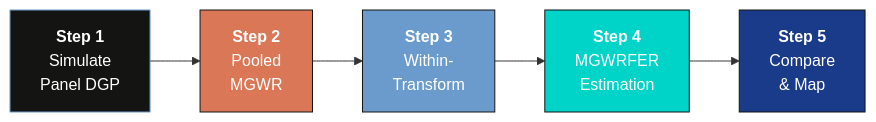
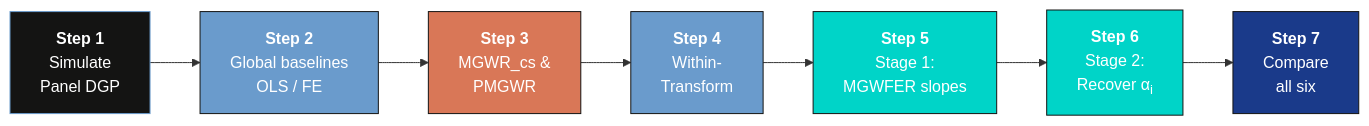
Before and after one commit to cmg777/starter-academic-v501: the first of 2 diagrams in content/post/python_mgwrfer/index.md, drawn with Mermaid. The commit also changed other lines of this file and 28 other files, not shown here.

````diff
--- a/content/post/python_mgwrfer/index.md
+++ b/content/post/python_mgwrfer/index.md
@@ -62,13 +70,17 @@
 ```mermaid
 graph LR
-    A["<b>Step 1</b><br/>Simulate<br/>Panel DGP"] --> B["<b>Step 2</b><br/>Pooled<br/>MGWR"]
-    B --> C["<b>Step 3</b><br/>Within-<br/>Transform"]
-    C --> D["<b>Step 4</b><br/>MGWRFER<br/>Estimation"]
-    D --> E["<b>Step 5</b><br/>Compare<br/>& Map"]
+    A["<b>Step 1</b><br/>Simulate<br/>Panel DGP"] --> G["<b>Step 2</b><br/>Global baselines<br/>OLS / FE"]
+    G --> B["<b>Step 3</b><br/>MGWR_cs &amp;<br/>PMGWR"]
+    B --> C["<b>Step 4</b><br/>Within-<br/>Transform"]
+    C --> D["<b>Step 5</b><br/>Stage 1:<br/>MGWFER slopes"]
+    D --> F["<b>Step 6</b><br/>Stage 2:<br/>Recover &alpha;<sub>i</sub>"]
+    F --> E["<b>Step 7</b><br/>Compare<br/>all six"]
 
     style A fill:#141413,stroke:#6a9bcc,color:#fff
+    style G fill:#6a9bcc,stroke:#141413,color:#fff
     style B fill:#d97757,stroke:#141413,color:#fff
     style C fill:#6a9bcc,stroke:#141413,color:#fff
     style D fill:#00d4c8,stroke:#141413,color:#fff
+    style F fill:#00d4c8,stroke:#141413,color:#fff
     style E fill:#1a3a8a,stroke:#141413,color:#fff
 ```
````
